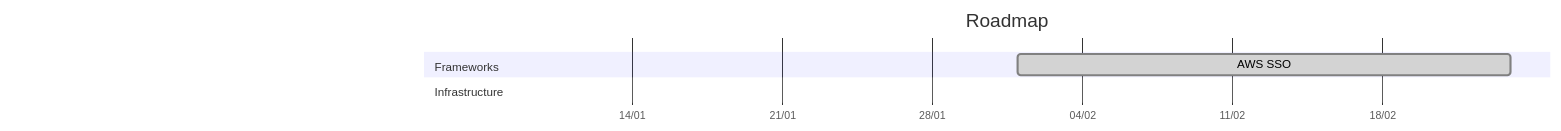
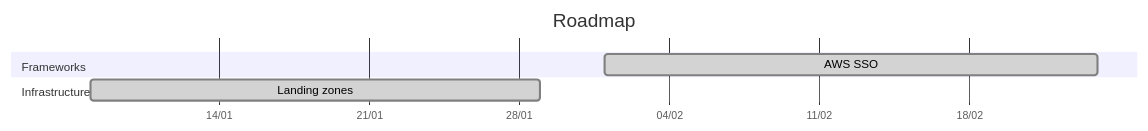
The first of 3 diagrams in docs/roadmap.md (amilochau/.github), drawn with Mermaid before and after one commit.

Commit message:
Minor fix in roadmap

````diff
--- a/docs/roadmap.md
+++ b/docs/roadmap.md
@@ -9,16 +9,16 @@
 ```mermaid
 gantt
   title Roadmap
   dateFormat YYYY-MM-DD
   axisFormat %d/%m
 
   section Frameworks
   AWS SSO           : done,         sso,               2024-02-01,               2024-02-24
 
   section Microservices
 
   section Infrastructure
-  Landing zones     : done,         landing-zones,     2024-01-08,               2023-01-29
+  Landing zones     : done,         landing-zones,     2024-01-08,               2024-01-29
   
   section Business
 ```
````
